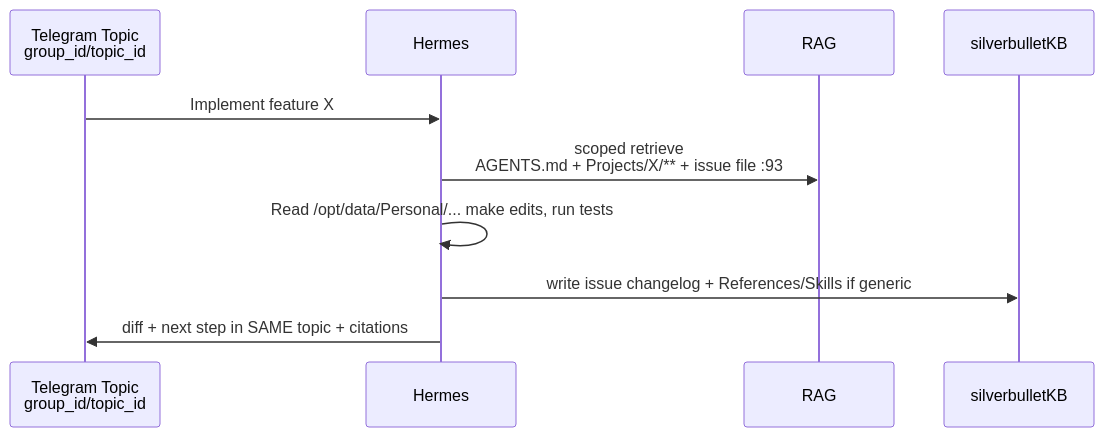
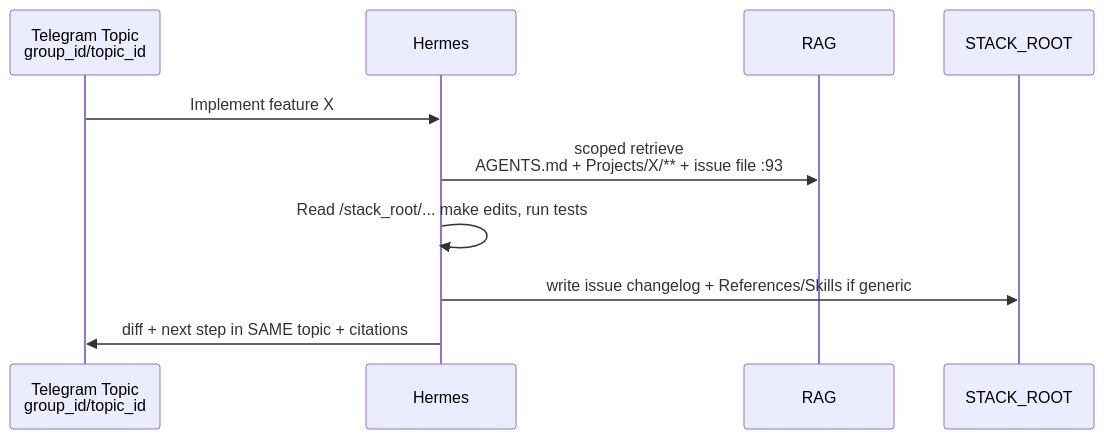
One commit to ayedaemon/pai-stack changed the fourth of 4 diagrams in docs/BLUEPRINT.md. Above: the diagram before and after it, drawn with Mermaid. The commit also changed other lines of this file and 37 other files, not shown here.

````diff
--- a/docs/BLUEPRINT.md
+++ b/docs/BLUEPRINT.md
@@ -220,13 +220,13 @@
 ```mermaid
 sequenceDiagram
     participant TG as Telegram Topic<br/>group_id/topic_id
     participant H as Hermes
     participant RAG as RAG
-    participant KB as silverbulletKB
+    participant KB as STACK_ROOT
 
     TG->>H: Implement feature X
     H->>RAG: scoped retrieve<br/>AGENTS.md + Projects/X/** + issue file :93
-    H->>H: Read /opt/data/Personal/... make edits, run tests
+    H->>H: Read /stack_root/... make edits, run tests
     H->>KB: write issue changelog + References/Skills if generic
     H->>TG: diff + next step in SAME topic + citations
 ```
````
